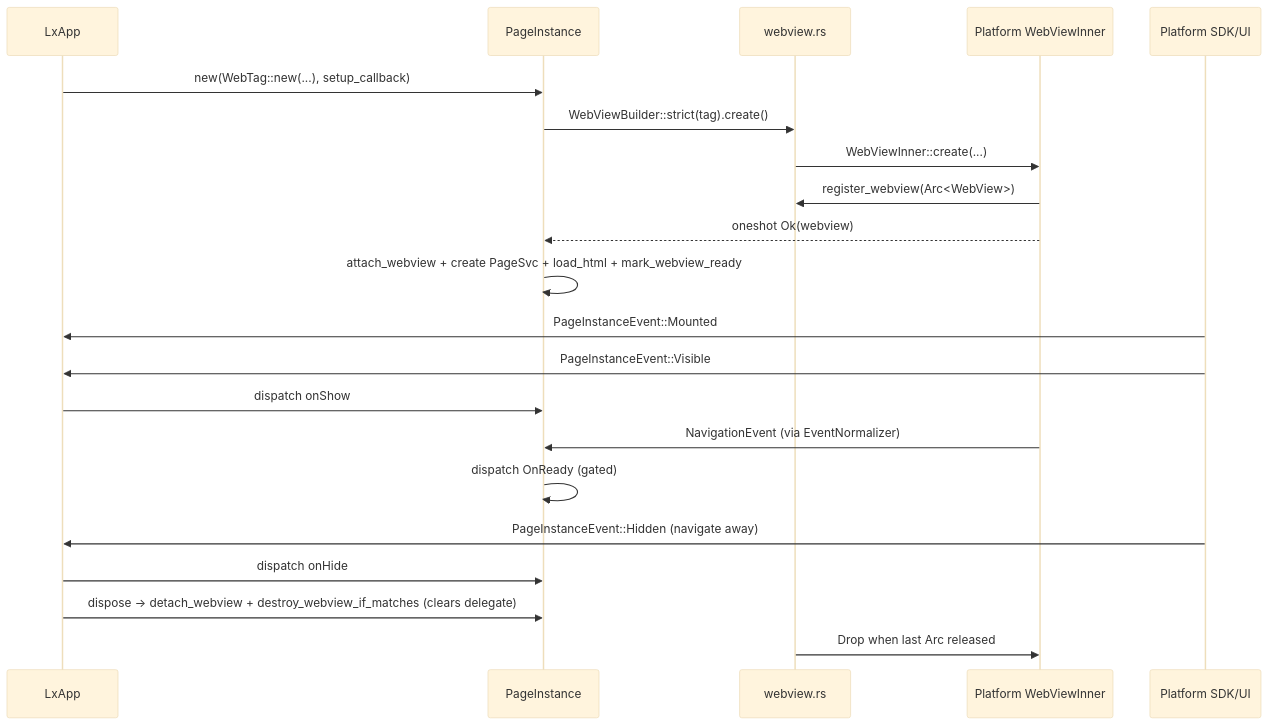
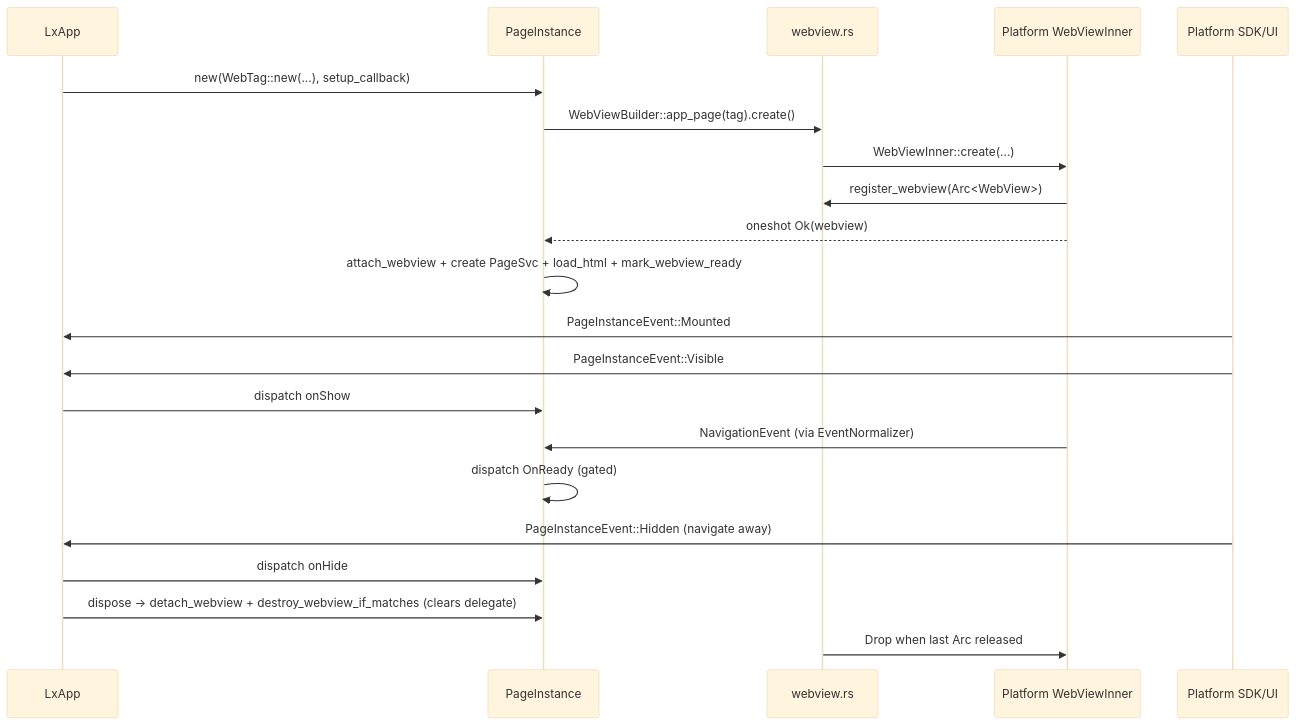
The first of 5 diagrams in docs/internal/webview-lifecycle.md (LingXia-Dev/LingXia), drawn with Mermaid (base theme) before and after one commit. The commit also changed other lines of this file and 31 other files, not shown here.

````diff
--- a/docs/internal/webview-lifecycle.md
+++ b/docs/internal/webview-lifecycle.md
@@ -1077,24 +1160,24 @@
 ```mermaid
 sequenceDiagram
   participant LxApp
   participant Page as PageInstance
   participant Core as webview.rs
   participant Backend as Platform WebViewInner
   participant SDK as Platform SDK/UI
 
   LxApp->>Page: new(WebTag::new(...), setup_callback)
-  Page->>Core: WebViewBuilder::strict(tag).create()
+  Page->>Core: WebViewBuilder::app_page(tag).create()
   Core->>Backend: WebViewInner::create(...)
   Backend->>Core: register_webview(Arc<WebView>)
   Backend-->>Page: oneshot Ok(webview)
   Page->>Page: attach_webview + create PageSvc + load_html + mark_webview_ready
   SDK->>LxApp: PageInstanceEvent::Mounted
   SDK->>LxApp: PageInstanceEvent::Visible
   LxApp->>Page: dispatch onShow
   Backend->>Page: NavigationEvent (via EventNormalizer)
   Page->>Page: dispatch OnReady (gated)
   SDK->>LxApp: PageInstanceEvent::Hidden (navigate away)
   LxApp->>Page: dispatch onHide
   LxApp->>Page: dispose → detach_webview + destroy_webview_if_matches (clears delegate)
   Core->>Backend: Drop when last Arc released
 ```
````
